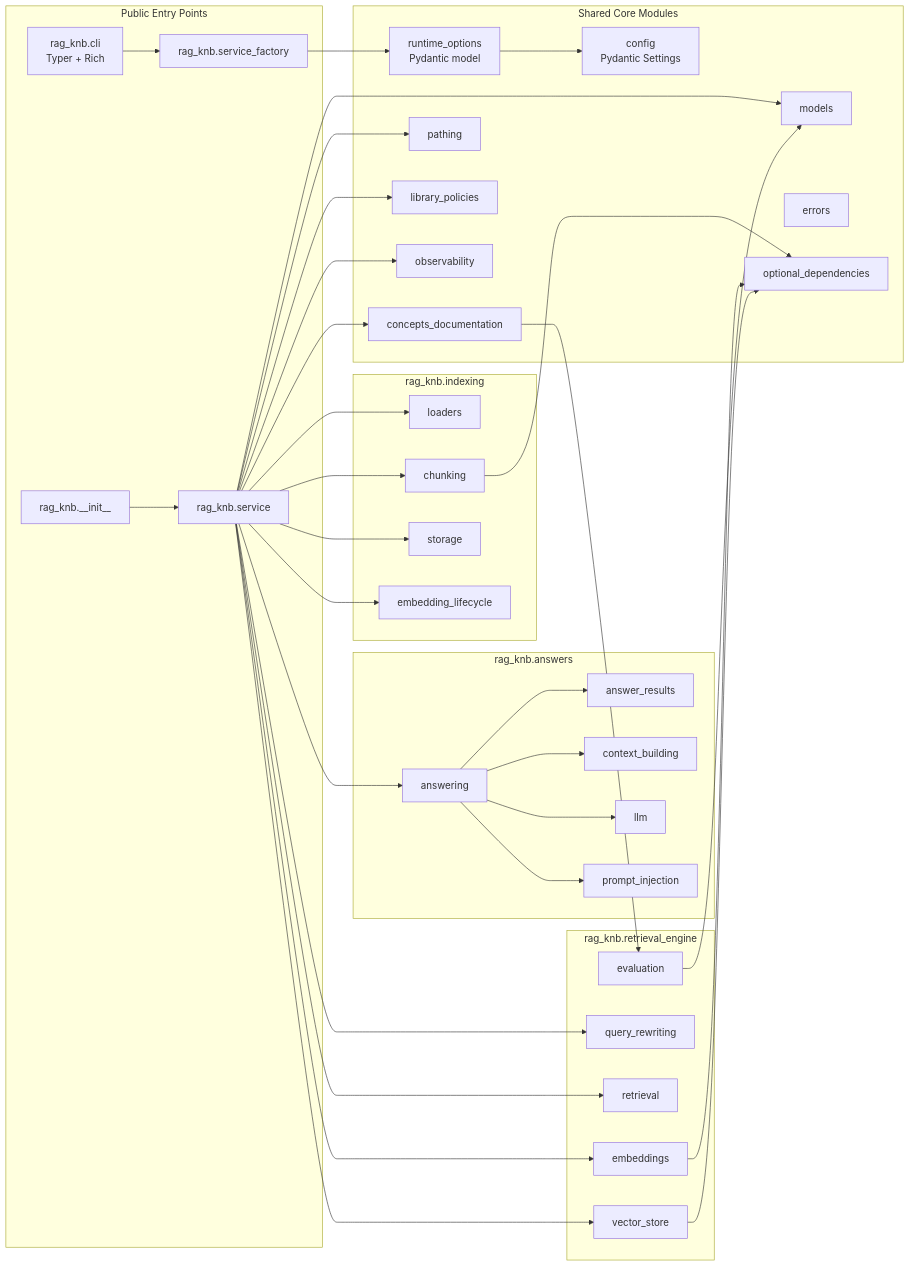
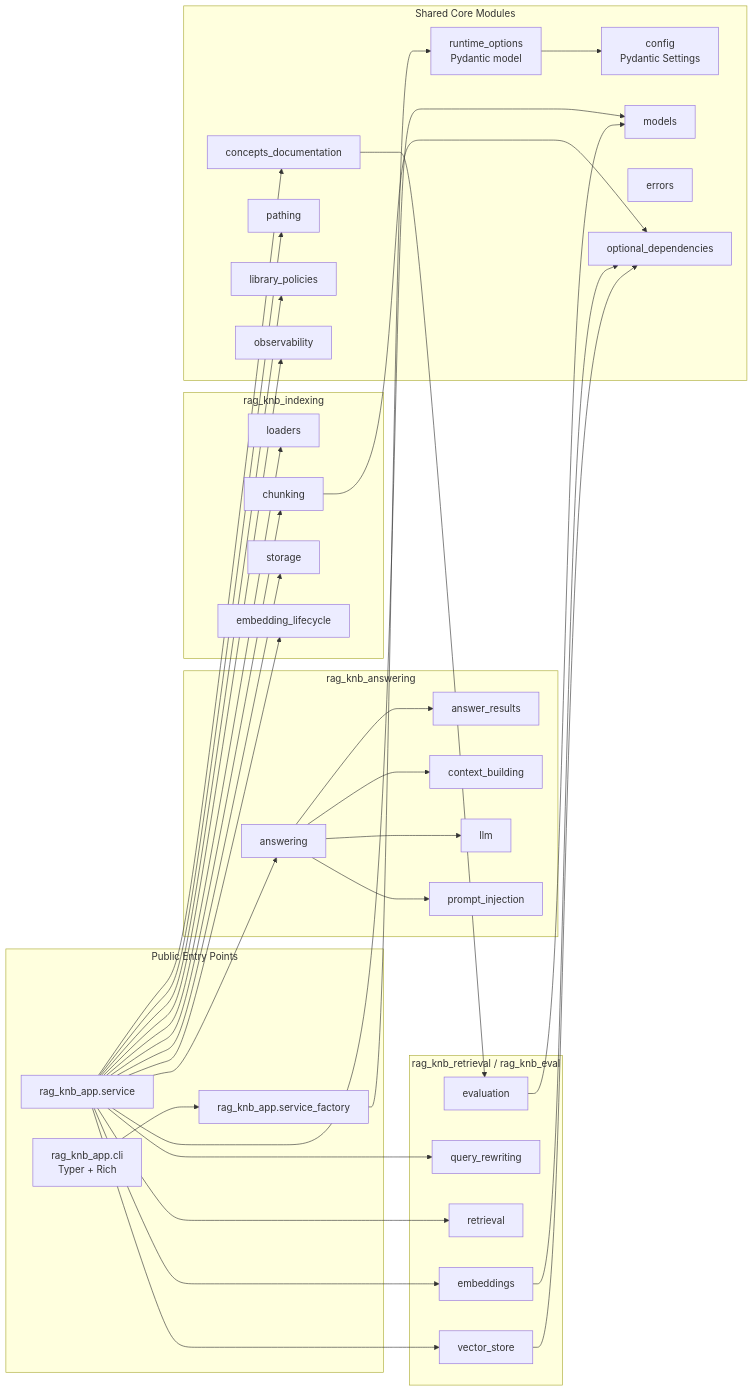
One commit to OlyaFilatova/ai_projects changed the second of 11 diagrams in 02_rag_knowledge_base/diagrams.md. Above: the diagram before and after it, drawn with Mermaid. The commit also changed other lines of this file and 79 other files, not shown here.

````diff
--- a/02_rag_knowledge_base/diagrams.md
+++ b/02_rag_knowledge_base/diagrams.md
@@ -36,75 +36,72 @@
 ```mermaid
 flowchart LR
     subgraph Public["Public Entry Points"]
-        Init[rag_knb.__init__]
-        CLIEntry[rag_knb.cli<br/>Typer + Rich]
-        Factory[rag_knb.service_factory]
-        Service[rag_knb.service]
+        CLIEntry[rag_knb_app.cli<br/>Typer + Rich]
+        Factory[rag_knb_app.service_factory]
+        Service[rag_knb_app.service]
     end
 
-    subgraph Answers["rag_knb.answers"]
+    subgraph Answers["rag_knb_answering"]
         Answering[answering]
         Results[answer_results]
         Context[context_building]
         LLM[llm]
         Injection[prompt_injection]
     end
 
-    subgraph Indexing["rag_knb.indexing"]
+    subgraph Indexing["rag_knb_indexing"]
         Loaders[loaders]
         Chunking[chunking]
         Storage[storage]
         Lifecycle[embedding_lifecycle]
     end
 
-    subgraph Retrieval["rag_knb.retrieval_engine"]
+    subgraph Retrieval["rag_knb_retrieval / rag_knb_eval"]
         Embeddings[embeddings]
         Rewrite[query_rewriting]
         Retrieve[retrieval]
         Store[vector_store]
         Evaluate[evaluation]
     end
 
     subgraph Shared["Shared Core Modules"]
         Config[config<br/>Pydantic Settings]
         Options[runtime_options<br/>Pydantic model]
         Concepts[concepts_documentation]
         Models[models]
         Errors[errors]
         Pathing[pathing]
         Policies[library_policies]
         Obs[observability]
         OptionalDeps[optional_dependencies]
     end
 
     CLIEntry --> Factory
     Factory --> Options
     Options --> Config
-    Init --> Service
-
     Service --> Loaders
     Service --> Chunking
     Service --> Storage
     Service --> Lifecycle
     Service --> Embeddings
     Service --> Rewrite
     Service --> Retrieve
     Service --> Store
     Service --> Answering
     Service --> Obs
     Service --> Policies
     Service --> Pathing
     Service --> Concepts
     Service --> Models
 
     Answering --> Results
     Answering --> Context
     Answering --> LLM
     Answering --> Injection
 
     Chunking --> OptionalDeps
     Embeddings --> OptionalDeps
     Store --> OptionalDeps
     Evaluate --> Models
     Concepts --> Evaluate
 ```
````
